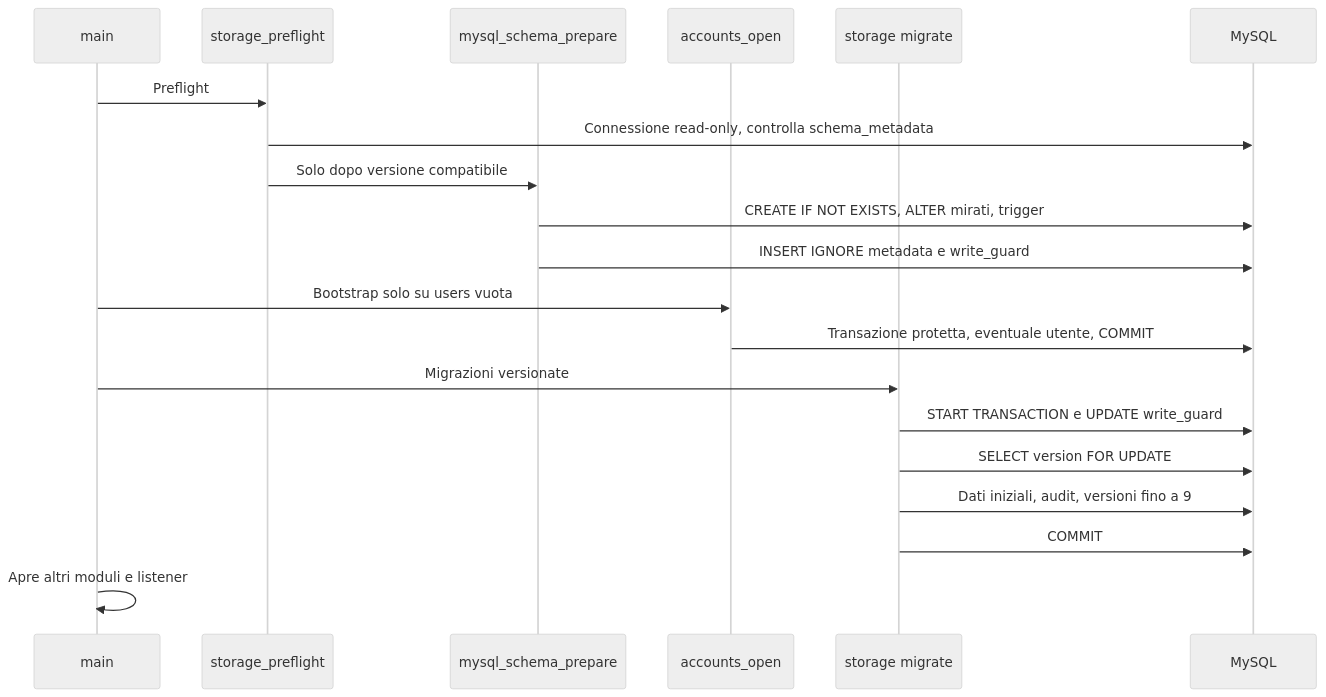
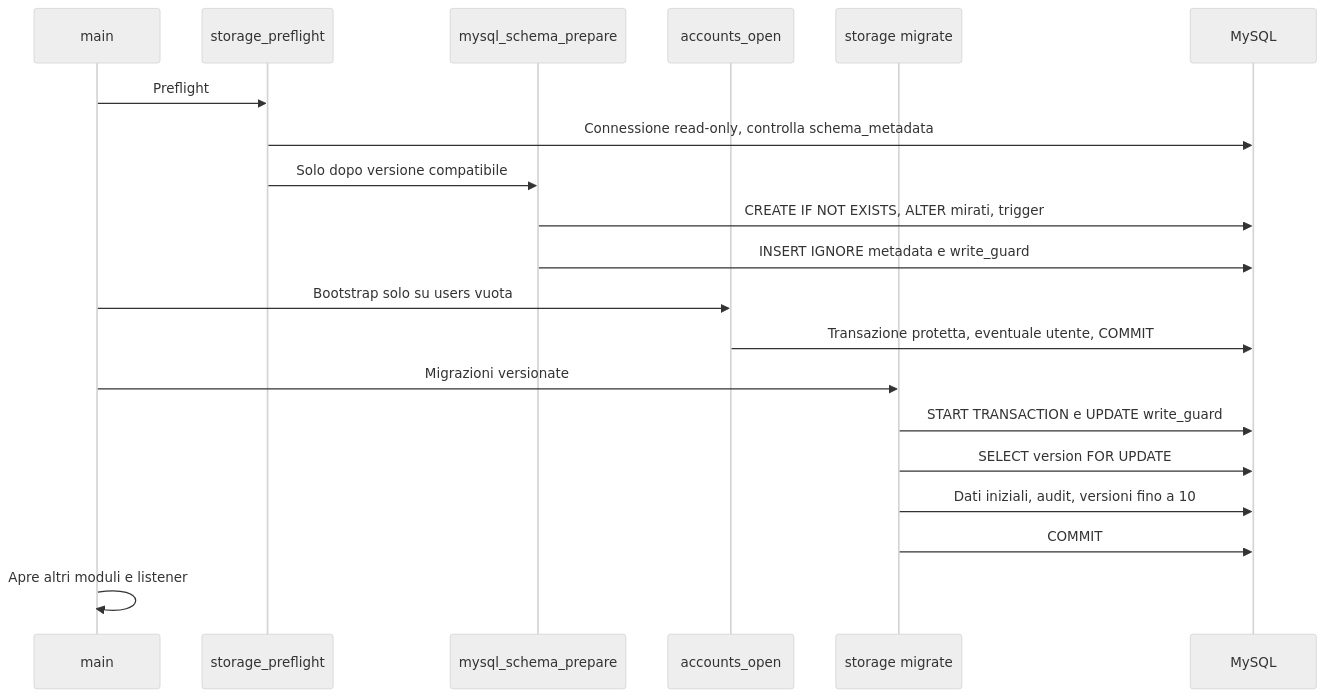
One commit to GiorgioOppo/Project-manager changed the second of 2 diagrams in docs/tehnical/migrazioni-e-consistenza.md. Above: the diagram before and after it, drawn with Mermaid (neutral theme). The commit also changed other lines of this file and 207 other files, not shown here.

````diff
--- a/docs/tehnical/migrazioni-e-consistenza.md
+++ b/docs/tehnical/migrazioni-e-consistenza.md
@@ -61,22 +63,22 @@
 ```mermaid
 sequenceDiagram
     participant Main as main
     participant Pre as storage_preflight
     participant Schema as mysql_schema_prepare
     participant Accounts as accounts_open
     participant M as storage migrate
     participant DB as MySQL
     Main->>Pre: Preflight
     Pre->>DB: Connessione read-only, controlla schema_metadata
     Pre->>Schema: Solo dopo versione compatibile
     Schema->>DB: CREATE IF NOT EXISTS, ALTER mirati, trigger
     Schema->>DB: INSERT IGNORE metadata e write_guard
     Main->>Accounts: Bootstrap solo su users vuota
     Accounts->>DB: Transazione protetta, eventuale utente, COMMIT
     Main->>M: Migrazioni versionate
     M->>DB: START TRANSACTION e UPDATE write_guard
     M->>DB: SELECT version FOR UPDATE
-    M->>DB: Dati iniziali, audit, versioni fino a 9
+    M->>DB: Dati iniziali, audit, versioni fino a 10
     M->>DB: COMMIT
     Main->>Main: Apre altri moduli e listener
 ```
````
